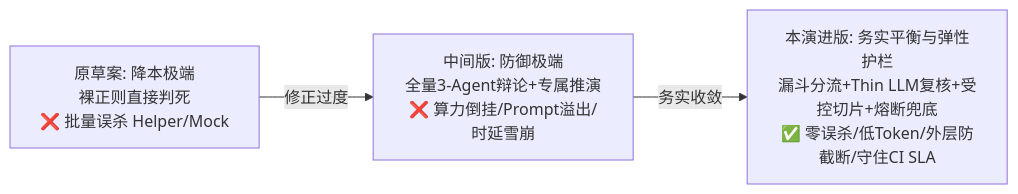
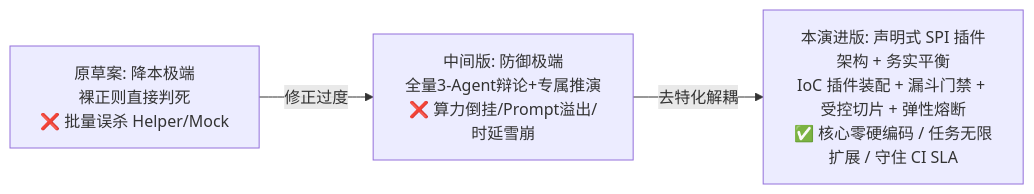
One commit to fugui/code-shield changed the first of 3 diagrams in docs/02-architecture/02-scanner-engines/05-任务形态差异化扫描引擎演进：轻量LinterGate动静分流与变更影响域上下文注入设计.md. Above: the diagram before and after it, drawn with Mermaid. The commit also changed other lines of this file, not shown here.

````diff
--- a/docs/02-architecture/02-scanner-engines/05-任务形态差异化扫描引擎演进：轻量LinterGate动静分流与变更影响域上下文注入设计.md
+++ b/docs/02-architecture/02-scanner-engines/05-任务形态差异化扫描引擎演进：轻量LinterGate动静分流与变更影响域上下文注入设计.md
@@ -23,6 +24,6 @@
 ```mermaid
 flowchart LR
     A[原草案: 降本极端<br/>裸正则直接判死<br/>❌ 批量误杀 Helper/Mock]
     -->|修正过度| B[中间版: 防御极端<br/>全量3-Agent辩论+专属推演<br/>❌ 算力倒挂/Prompt溢出/时延雪崩]
-    -->|务实收敛| C[本演进版: 务实平衡与弹性护栏<br/>漏斗分流+Thin LLM复核+受控切片+熔断兜底<br/>✅ 零误杀/低Token/外层防截断/守住CI SLA]
+    -->|去特化解耦| C[本演进版: 声明式 SPI 插件架构 + 务实平衡<br/>IoC 插件装配 + 漏斗门禁 + 受控切片 + 弹性熔断<br/>✅ 核心零硬编码 / 任务无限扩展 / 守住 CI SLA]
 ```
````
